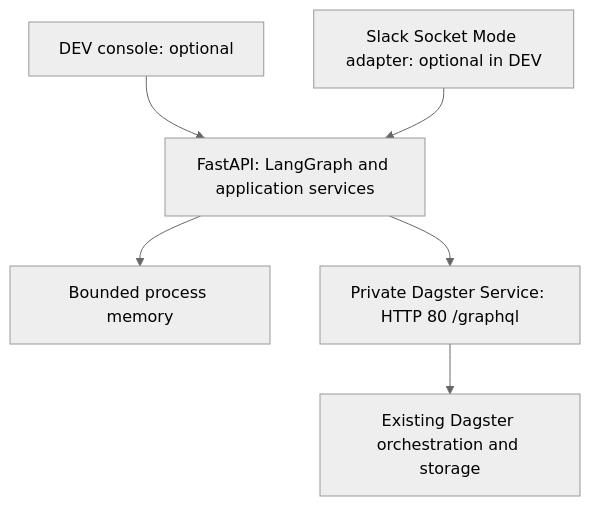
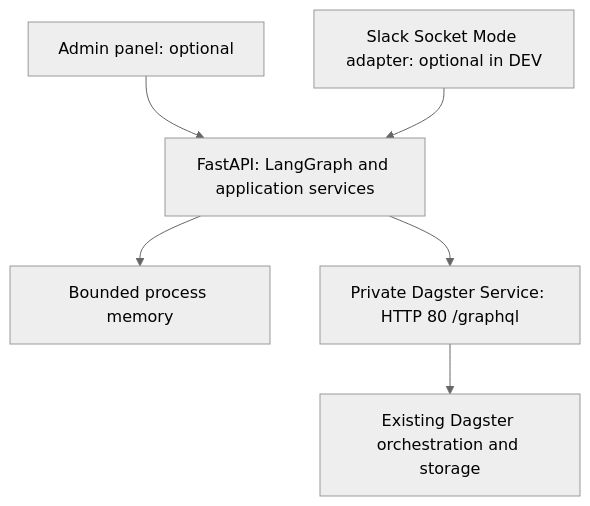
Before and after one commit to raiaman15/slackbot: the first of 2 diagrams in openspec/changes/add-dagster-slackbot/design.md, drawn with Mermaid (neutral theme). The commit also changed other lines of this file and 10 other files, not shown here.

Commit message:
Refine OpenSpec contracts and specify production admin panel

````diff
--- a/openspec/changes/add-dagster-slackbot/design.md
+++ b/openspec/changes/add-dagster-slackbot/design.md
@@ -19,8 +19,8 @@
 ```mermaid
 flowchart TD
-  U["DEV console: optional"] --> A["FastAPI: LangGraph and application services"]
+  U["Admin panel: optional"] --> A["FastAPI: LangGraph and application services"]
   S["Slack Socket Mode adapter: optional in DEV"] --> A
   A --> M["Bounded process memory"]
   A --> D["Private Dagster Service: HTTP 80 /graphql"]
   D --> R["Existing Dagster orchestration and storage"]
 ```
````
